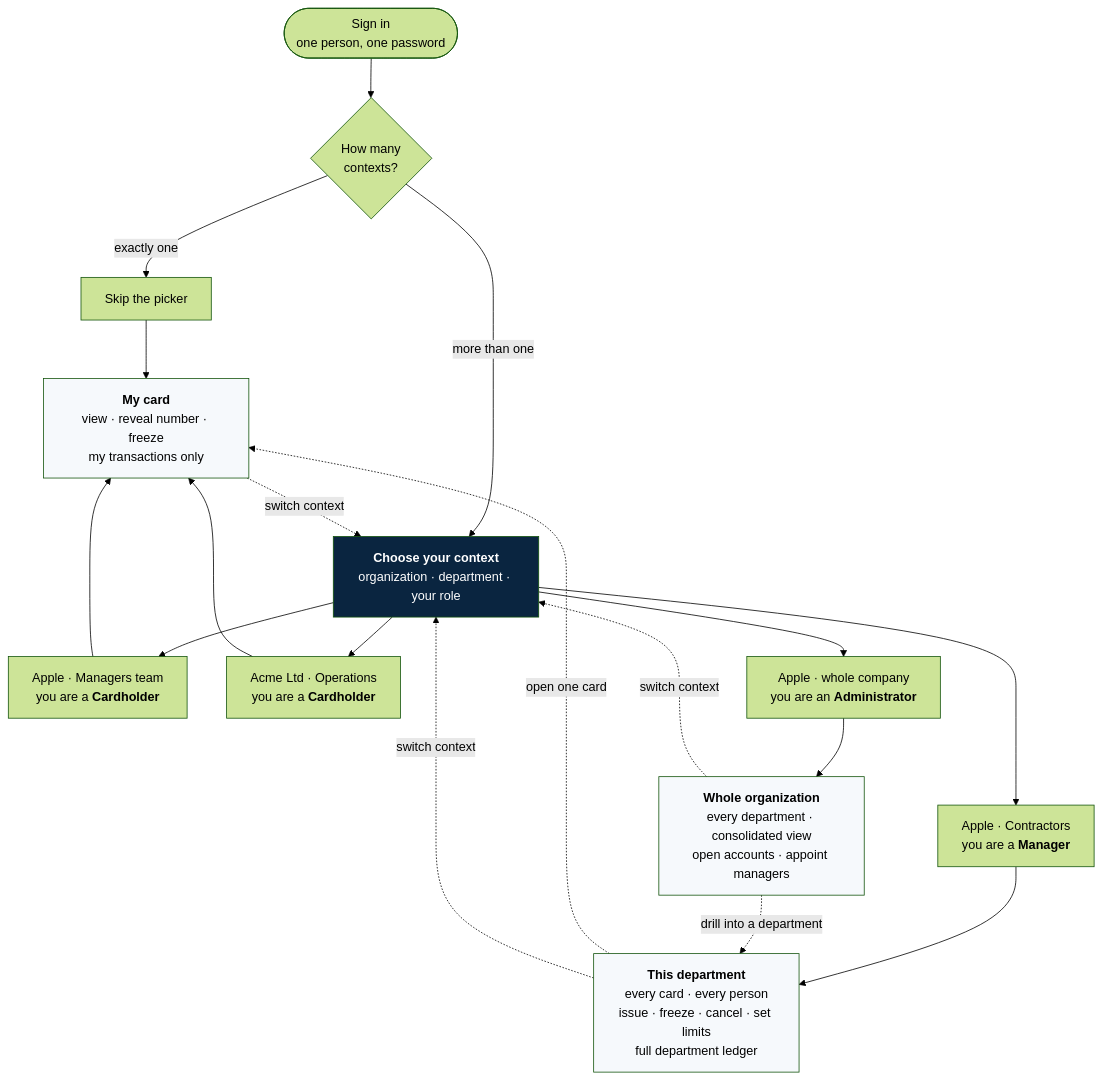
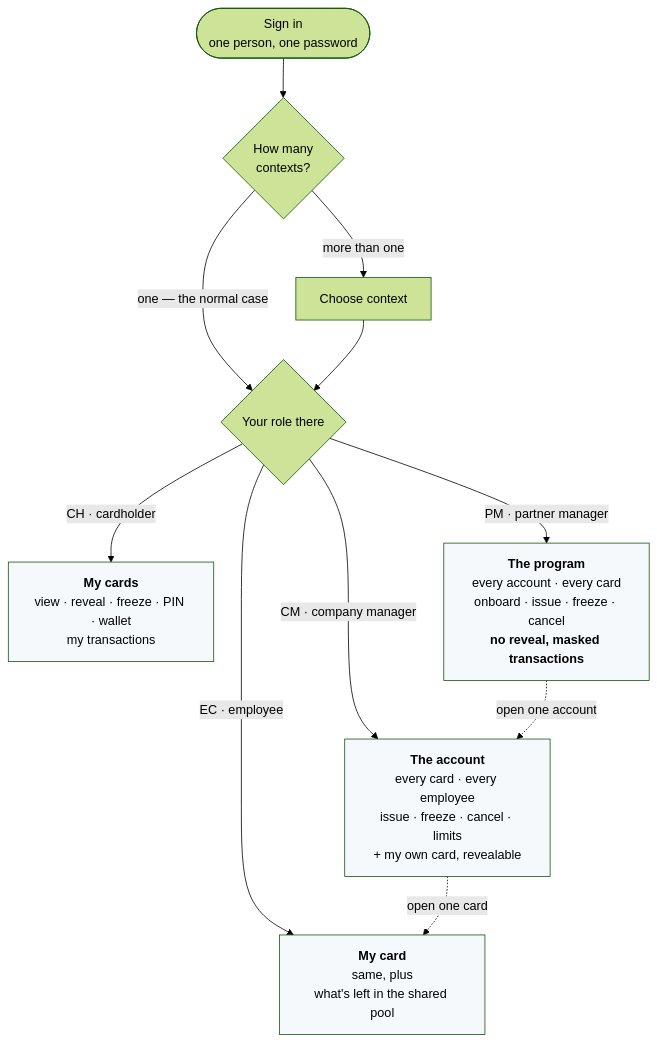
One commit to yr08ii/card-management-app changed the first of 3 diagrams in docs/Feature-list.md. Above: the diagram before and after it, drawn with Mermaid (forest theme). The commit also changed other lines of this file and 1 other file, not shown here.

First line of the commit message:
docs: reshape around Pismo object model; add partner card programs

````diff
--- a/docs/Feature-list.md
+++ b/docs/Feature-list.md
@@ -43,36 +67,20 @@
 ```mermaid
 flowchart TD
-    Login(["Sign in<br/>one person, one password"]) --> Resolve{"How many<br/>contexts?"}
+    Login(["Sign in<br/>one person, one password"]) --> Q{"How many<br/>contexts?"}
+    Q -->|"one — the normal case"| Role
+    Q -->|"more than one"| Picker["Choose context"] --> Role
 
-    Resolve -->|"exactly one"| Straight["Skip the picker"]
-    Resolve -->|"more than one"| Picker
+    Role{"Your role there"}
+    Role -->|"CH · cardholder"| Own["<b>My cards</b><br/>view · reveal · freeze · PIN · wallet<br/>my transactions"]
+    Role -->|"EC · employee"| Emp["<b>My card</b><br/>same, plus<br/>what's left in the shared pool"]
+    Role -->|"CM · company manager"| Mgr["<b>The account</b><br/>every card · every employee<br/>issue · freeze · cancel · limits<br/>+ my own card, revealable"]
+    Role -->|"PM · partner manager"| Prt["<b>The program</b><br/>every account · every card<br/>onboard · issue · freeze · cancel<br/><b>no reveal, masked transactions</b>"]
 
-    Picker["<b>Choose your context</b><br/>organization · department · your role"]
+    Mgr -.->|"open one card"| Emp
+    Prt -.->|"open one account"| Mgr
 
-    Picker --> C1["Apple · Managers team<br/>you are a <b>Cardholder</b>"]
-    Picker --> C2["Apple · Contractors<br/>you are a <b>Manager</b>"]
-    Picker --> C3["Acme Ltd · Operations<br/>you are a <b>Cardholder</b>"]
-    Picker --> C4["Apple · whole company<br/>you are an <b>Administrator</b>"]
-
-    C1 --> Own
-    C3 --> Own
-    Straight --> Own
-    C2 --> Team
-    C4 --> Org
-
-    Own["<b>My card</b><br/>view · reveal number · freeze<br/>my transactions only"]
-    Team["<b>This department</b><br/>every card · every person<br/>issue · freeze · cancel · set limits<br/>full department ledger"]
-    Org["<b>Whole organization</b><br/>every department · consolidated view<br/>open accounts · appoint managers"]
-
-    Org -.->|"drill into a department"| Team
-    Team -.->|"open one card"| Own
-
-    Own -.->|"switch context"| Picker
-    Team -.->|"switch context"| Picker
-    Org -.->|"switch context"| Picker
-
-    style Picker fill:#0A2540,color:#fff
     style Own fill:#F6F9FC
-    style Team fill:#F6F9FC
-    style Org fill:#F6F9FC
+    style Emp fill:#F6F9FC
+    style Mgr fill:#F6F9FC
+    style Prt fill:#F6F9FC
 ```
````
